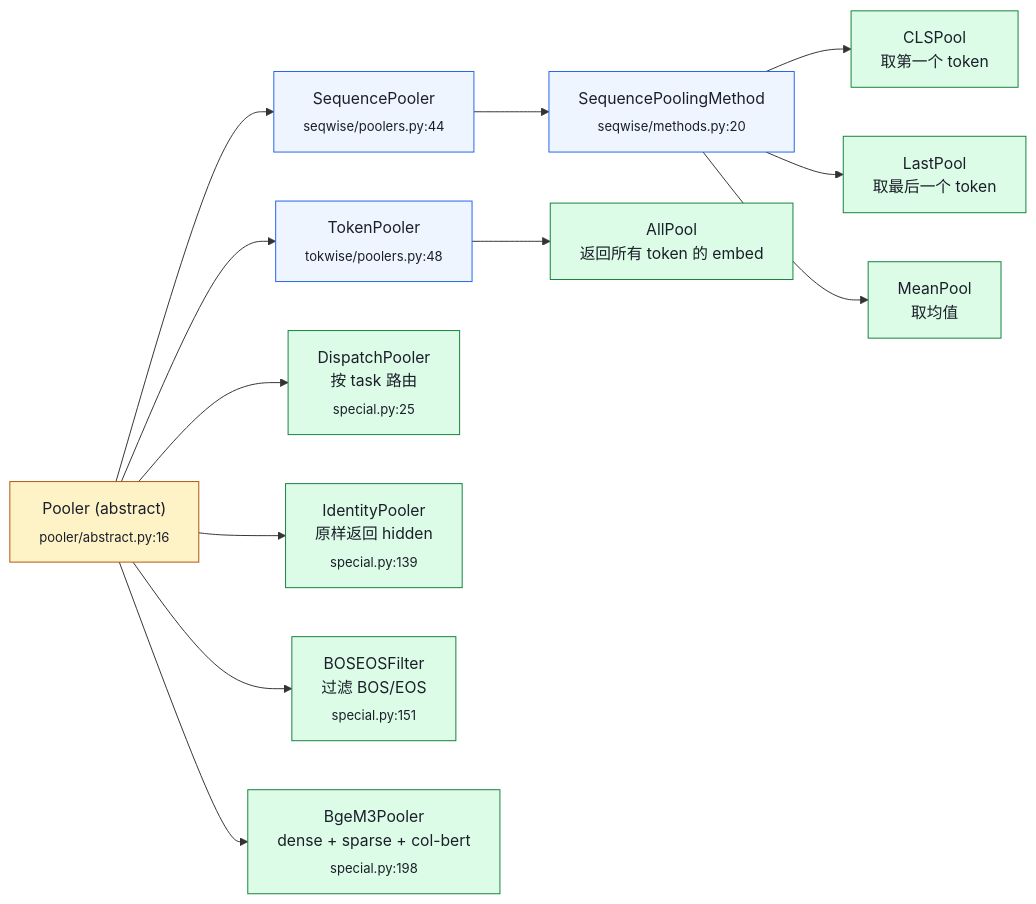
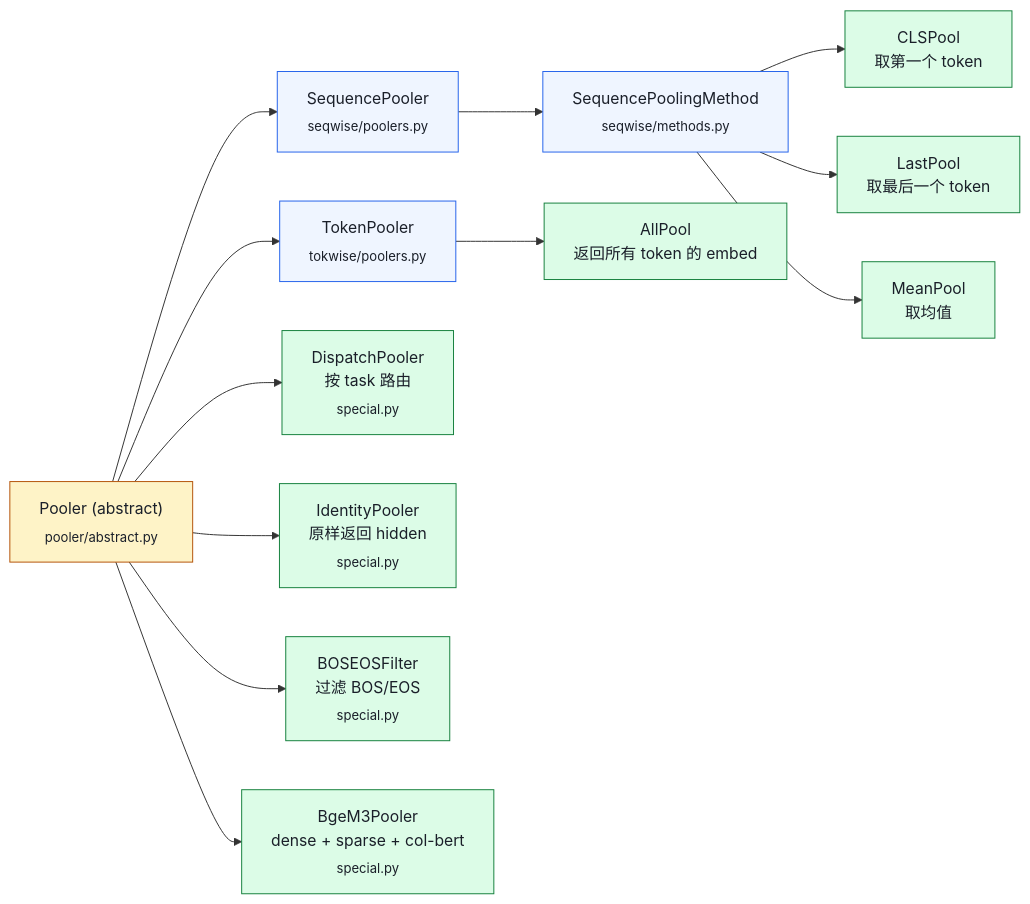
One commit to jwzheng96/vllm-learning-book changed the second of 3 diagrams in 09-advanced-features/05-embedding-and-pooling.md. Above: the diagram before and after it, drawn with Mermaid. The commit also changed other lines of this file and 29 other files, not shown here.

````diff
--- a/09-advanced-features/05-embedding-and-pooling.md
+++ b/09-advanced-features/05-embedding-and-pooling.md
@@ -49,32 +66,32 @@
 ```mermaid
 flowchart LR
-    Root["Pooler (abstract)<br/><sub>pooler/abstract.py:16</sub>"]
-    SP["SequencePooler<br/><sub>seqwise/poolers.py:44</sub>"]
-    SPM["SequencePoolingMethod<br/><sub>seqwise/methods.py:20</sub>"]
+    Root["Pooler (abstract)<br/><sub>pooler/abstract.py</sub>"]
+    SP["SequencePooler<br/><sub>seqwise/poolers.py</sub>"]
+    SPM["SequencePoolingMethod<br/><sub>seqwise/methods.py</sub>"]
     CLS["CLSPool<br/>取第一个 token"]
     Last["LastPool<br/>取最后一个 token"]
     Mean["MeanPool<br/>取均值"]
-    TP["TokenPooler<br/><sub>tokwise/poolers.py:48</sub>"]
+    TP["TokenPooler<br/><sub>tokwise/poolers.py</sub>"]
     All["AllPool<br/>返回所有 token 的 embed"]
-    Disp["DispatchPooler<br/>按 task 路由<br/><sub>special.py:25</sub>"]
-    ID["IdentityPooler<br/>原样返回 hidden<br/><sub>special.py:139</sub>"]
-    Filter["BOSEOSFilter<br/>过滤 BOS/EOS<br/><sub>special.py:151</sub>"]
-    Bge["BgeM3Pooler<br/>dense + sparse + col-bert<br/><sub>special.py:198</sub>"]
+    Disp["DispatchPooler<br/>按 task 路由<br/><sub>special.py</sub>"]
+    ID["IdentityPooler<br/>原样返回 hidden<br/><sub>special.py</sub>"]
+    Filter["BOSEOSFilter<br/>过滤 BOS/EOS<br/><sub>special.py</sub>"]
+    Bge["BgeM3Pooler<br/>dense + sparse + col-bert<br/><sub>special.py</sub>"]
 
     Root --> SP --> SPM
     SPM --> CLS
     SPM --> Last
     SPM --> Mean
     Root --> TP --> All
     Root --> Disp
     Root --> ID
     Root --> Filter
     Root --> Bge
 
     classDef base   fill:#fef3c7,stroke:#b45309,color:#1a1f29;
     classDef branch fill:#eff5ff,stroke:#2563eb,color:#1a1f29;
     classDef leaf   fill:#dcfce7,stroke:#15803d,color:#1a1f29;
     class Root base;
     class SP,SPM,TP branch;
     class CLS,Last,Mean,All,Disp,ID,Filter,Bge leaf;
 ```
````
